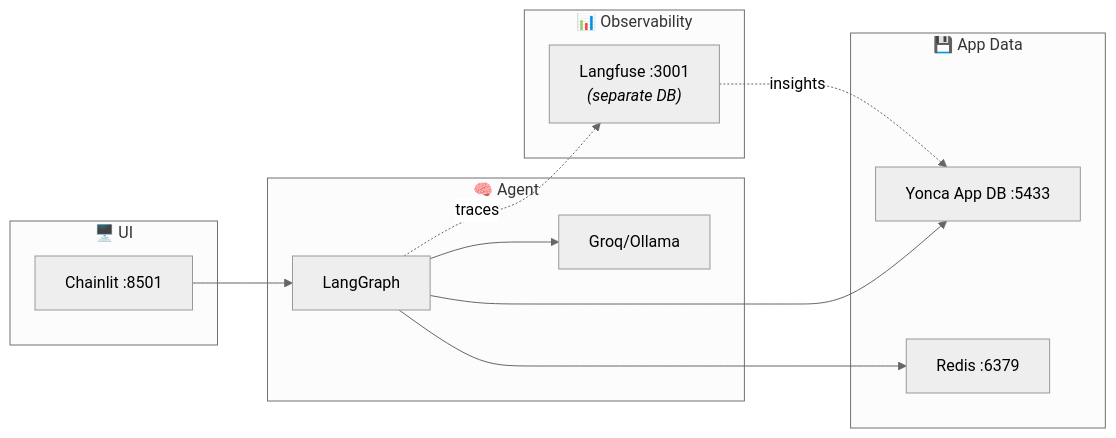
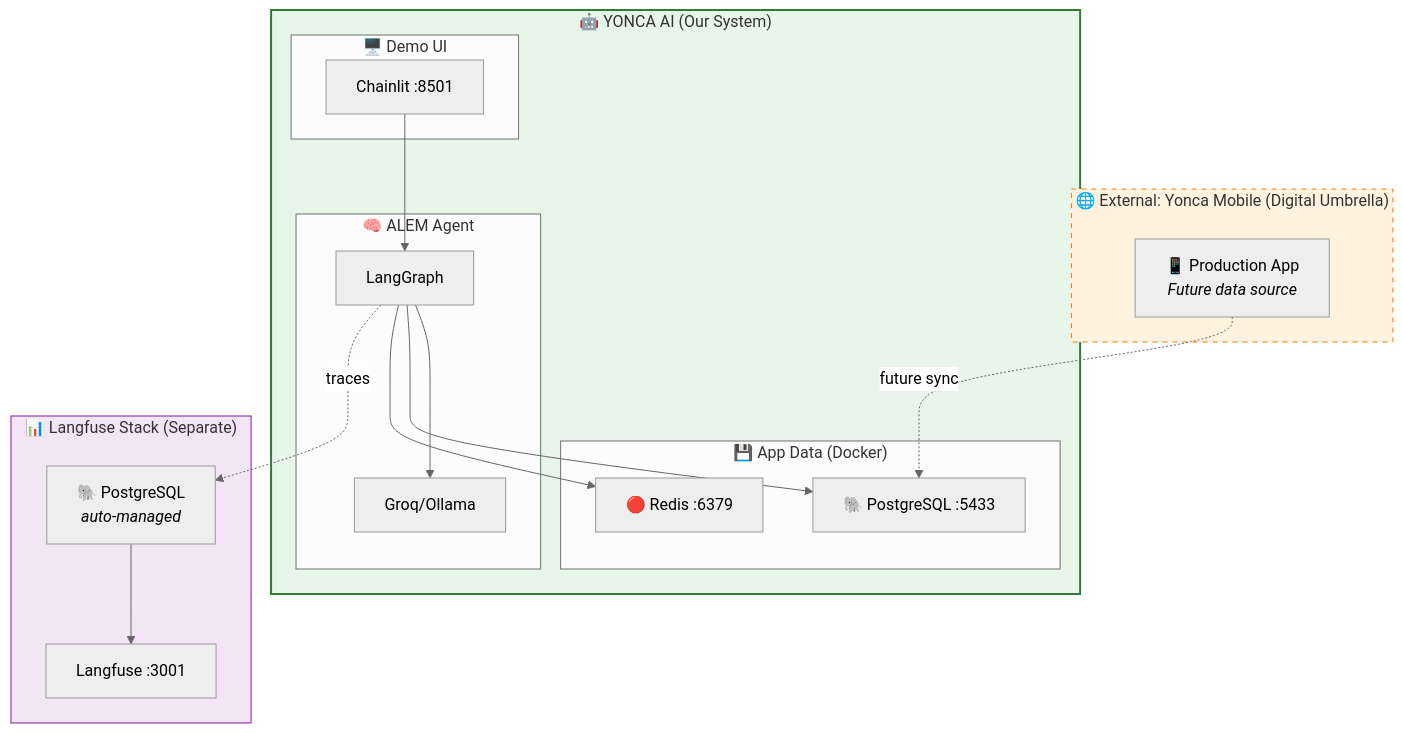
One commit to Px8Studio/yonja changed the second of 2 diagrams in docs/zekalab/README.md. Above: the diagram before and after it, drawn with Mermaid. The commit also changed other lines of this file and 4 other files, not shown here.

Commit message:
feat: Add implementation backlog documentation and enhance architecture details for ALEM project

````diff
--- a/docs/zekalab/README.md
+++ b/docs/zekalab/README.md
@@ -96,27 +97,39 @@
 ```mermaid
 %%{init: {'theme': 'neutral'}}%%
-flowchart LR
-    subgraph ui["🖥️ UI"]
-        chainlit["Chainlit :8501"]
+flowchart TB
+    subgraph external["🌐 External: Yonca Mobile (Digital Umbrella)"]
+        yonca_mobile["📱 Production App<br/><i>Future data source</i>"]
     end
     
-    subgraph brain["🧠 Agent"]
-        langgraph["LangGraph"]
-        llm["Groq/Ollama"]
+    subgraph yonca_ai["🤖 YONCA AI (Our System)"]
+        subgraph ui["🖥️ Demo UI"]
+            chainlit["Chainlit :8501"]
+        end
+        
+        subgraph brain["🧠 ALEM Agent"]
+            agent["LangGraph"]
+            llm["Groq/Ollama"]
+        end
+        
+        subgraph data["💾 App Data (Docker)"]
+            pg["🐘 PostgreSQL :5433"]
+            redis["🔴 Redis :6379"]
+        end
     end
     
-    subgraph data["💾 App Data"]
-        pg["Yonca App DB :5433"]
-        redis["Redis :6379"]
+    subgraph observe["📊 Langfuse Stack (Separate)"]
+        langfuse_db["🐘 PostgreSQL<br/><i>auto-managed</i>"]
+        langfuse_ui["Langfuse :3001"]
     end
     
-    subgraph observe["📊 Observability"]
-        langfuse["Langfuse :3001<br/><i>(separate DB)</i>"]
-    end
+    yonca_mobile -.->|"future sync"| pg
+    chainlit --> agent --> llm
+    agent --> pg
+    agent --> redis
+    agent -.->|traces| langfuse_db
+    langfuse_db --> langfuse_ui
     
-    chainlit --> langgraph --> llm
-    langgraph --> pg
-    langgraph --> redis
-    langgraph -.->|traces| langfuse
-    langfuse -.->|insights| pg
+    style external fill:#fff3e0,stroke:#f57c00,stroke-dasharray: 5 5
+    style yonca_ai fill:#e8f5e9,stroke:#2e7d32,stroke-width:2px
+    style observe fill:#f3e5f5,stroke:#7b1fa2
 ```
````
